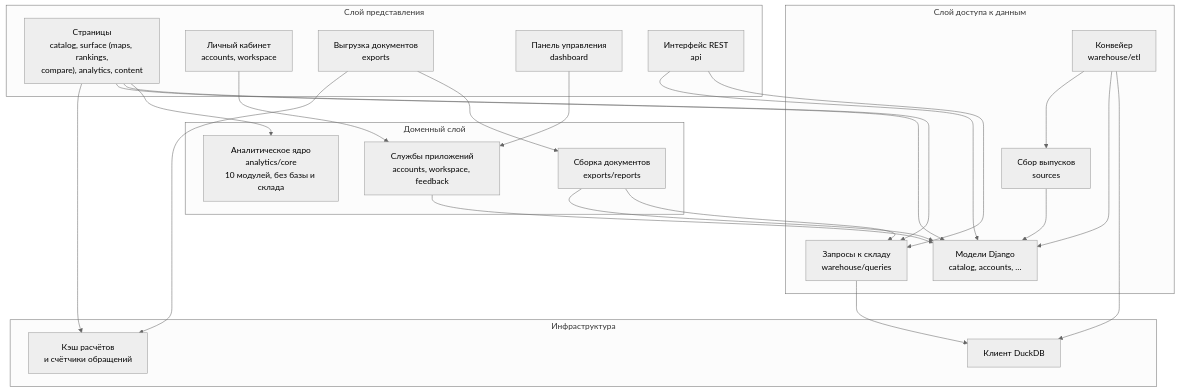
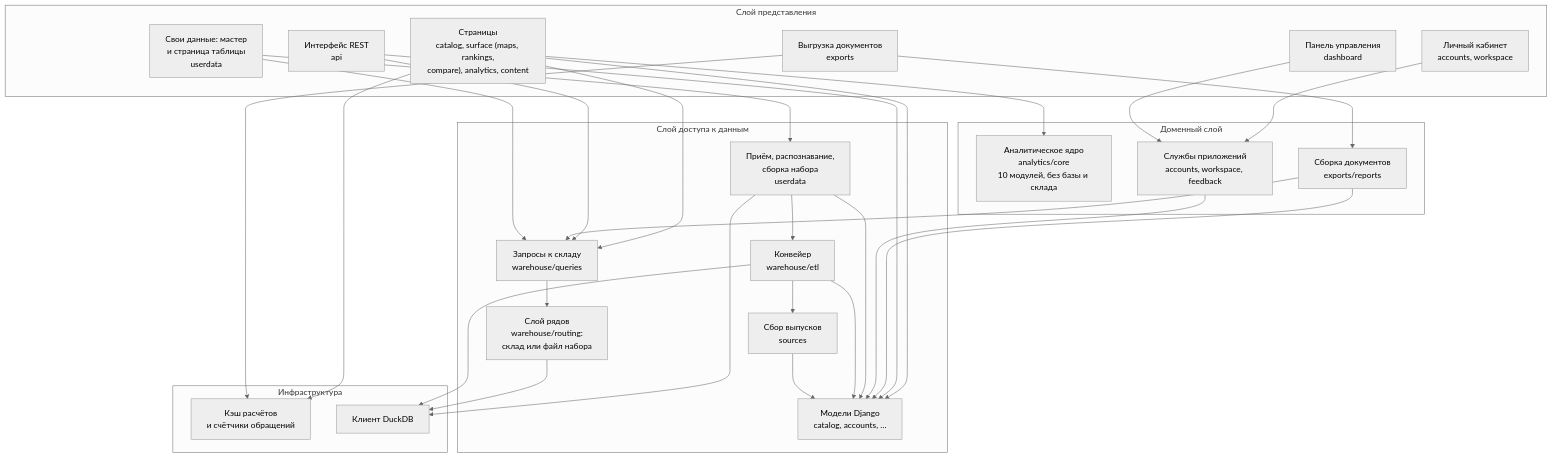
Before and after one commit to ht2473/RegionLens_v2: the third of 8 diagrams in docs/ARCHITECTURE.md, drawn with Mermaid (neutral theme). The commit also changed other lines of this file and 115 other files, not shown here.

First line of the commit message:
Свои данные: показатели, сборка таблиц и слой рядов

````diff
--- a/docs/ARCHITECTURE.md
+++ b/docs/ARCHITECTURE.md
@@ -111,49 +111,58 @@
 ```mermaid
 graph TB
     subgraph presentation["Слой представления"]
         pages["Страницы<br/>catalog, surface (maps, rankings,<br/>compare), analytics, content"]
         cabinet["Личный кабинет<br/>accounts, workspace"]
         documents["Выгрузка документов<br/>exports"]
         manage["Панель управления<br/>dashboard"]
         api["Интерфейс REST<br/>api"]
+        owndata["Свои данные: мастер<br/>и страница таблицы<br/>userdata"]
     end
 
     subgraph domain["Доменный слой"]
         core["Аналитическое ядро<br/>analytics/core<br/>10 модулей, без базы и склада"]
         reports["Сборка документов<br/>exports/reports"]
         services["Службы приложений<br/>accounts, workspace, feedback"]
     end
 
     subgraph data["Слой доступа к данным"]
         models["Модели Django<br/>catalog, accounts, …"]
         queries["Запросы к складу<br/>warehouse/queries"]
         etl["Конвейер<br/>warehouse/etl"]
         sources["Сбор выпусков<br/>sources"]
+        intake["Приём, распознавание,<br/>сборка набора<br/>userdata"]
+        routing["Слой рядов<br/>warehouse/routing:<br/>склад или файл набора"]
     end
 
     subgraph infra["Инфраструктура"]
         cache["Кэш расчётов<br/>и счётчики обращений"]
         duckclient["Клиент DuckDB"]
     end
 
     pages --> core
     pages --> queries
     pages --> models
     pages --> cache
     cabinet --> services
     documents --> reports
     documents --> cache
     manage --> services
     api --> queries
     api --> models
 
     reports --> queries
     reports --> models
     services --> models
 
-    queries --> duckclient
+    owndata --> intake
+    owndata --> queries
+    intake --> models
+    intake --> duckclient
+    intake --> etl
+    queries --> routing
+    routing --> duckclient
     etl --> duckclient
     etl --> models
     etl --> sources
     sources --> models
 ```
````
